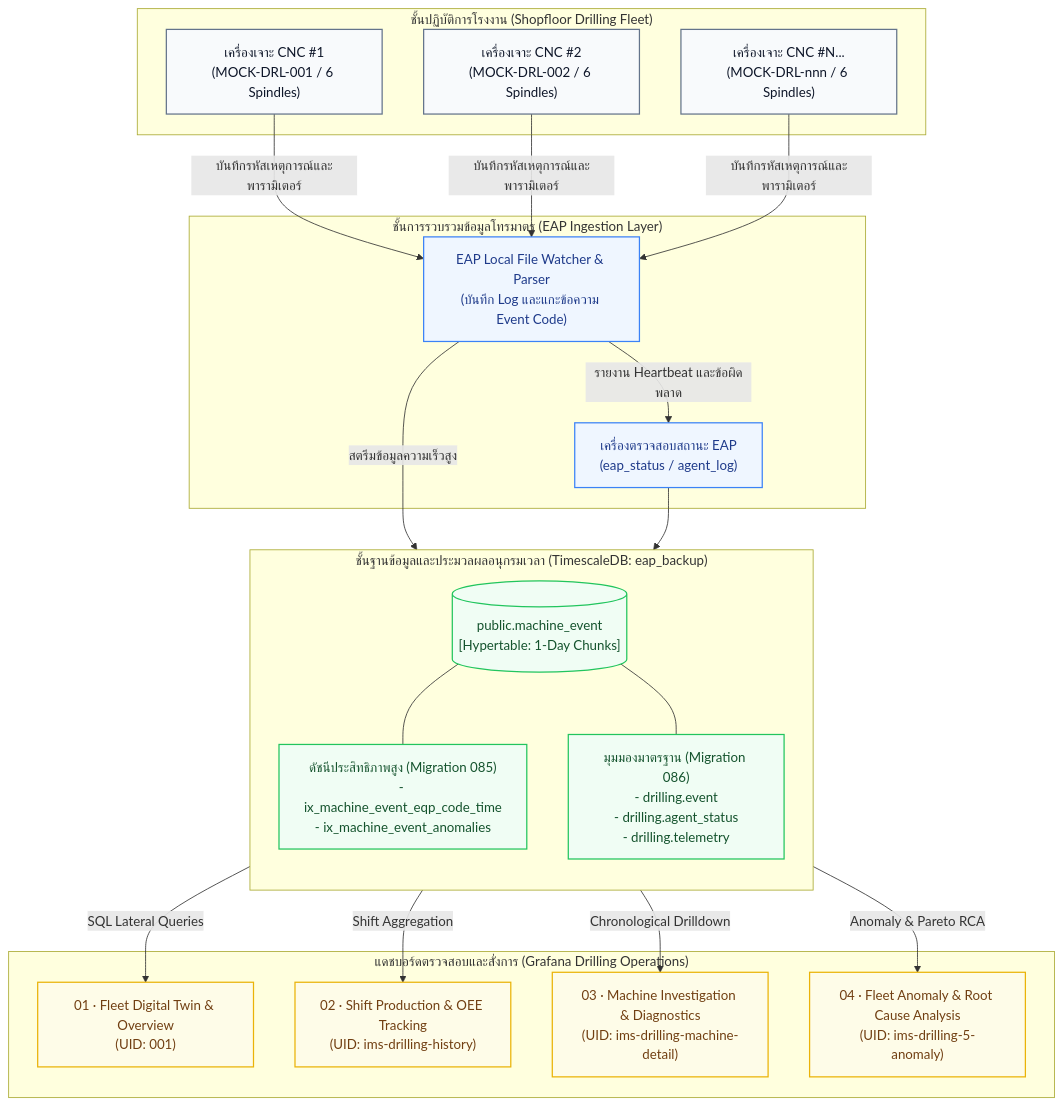
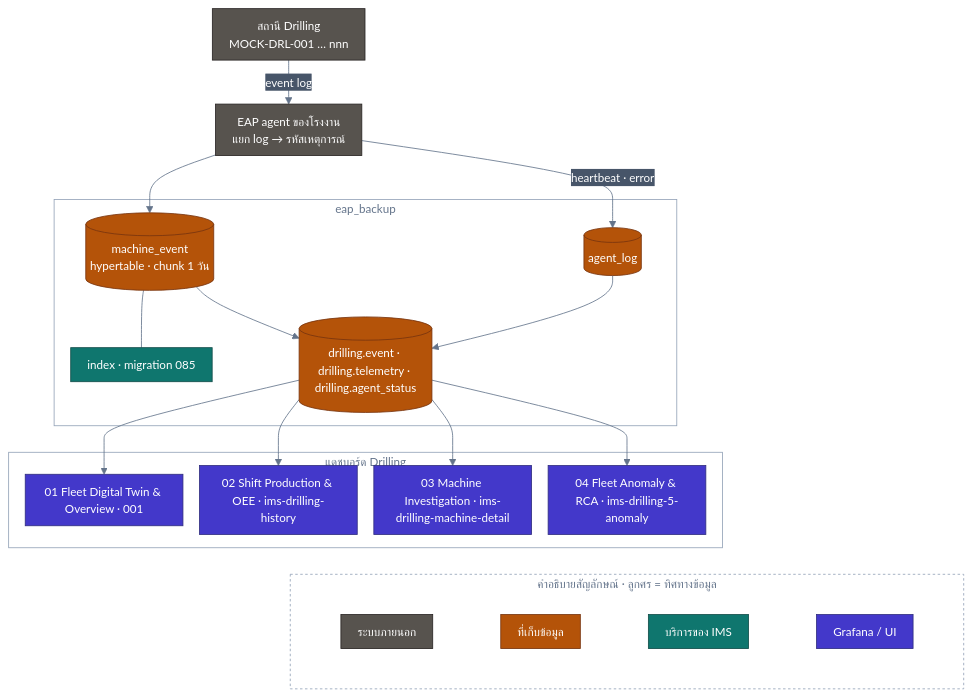
One commit to PATTANAKORN025/IMS changed the first of 4 diagrams in th/docs/user/DRILLING_USER_MANUAL.md. Above: the diagram before and after it, drawn with Mermaid. The commit also changed other lines of this file and 84 other files, not shown here.

First line of the commit message:
docs(diagrams): one verified, accessible standard for every Mermaid diagram

````diff
--- a/th/docs/user/DRILLING_USER_MANUAL.md
+++ b/th/docs/user/DRILLING_USER_MANUAL.md
@@ -70,48 +70,51 @@
 ```mermaid
-flowchart TD
-    subgraph SHOPFLOOR[" ชั้นปฏิบัติการโรงงาน (Shopfloor Drilling Fleet) "]
-        M1["เครื่องเจาะ CNC #1<br/>(MOCK-DRL-001 / 6 Spindles)"]
-        M2["เครื่องเจาะ CNC #2<br/>(MOCK-DRL-002 / 6 Spindles)"]
-        MN["เครื่องเจาะ CNC #N...<br/>(MOCK-DRL-nnn / 6 Spindles)"]
+%%{init: {"flowchart": {"nodeSpacing": 20, "rankSpacing": 32, "padding": 10, "wrappingWidth": 150, "curve": "basis"}, "sequence": {"wrap": true, "width": 170, "actorMargin": 36, "boxMargin": 8, "noteMargin": 8, "messageMargin": 30, "mirrorActors": false}, "state": {"padding": 6}, "theme": "base", "themeVariables": {"fontFamily": "Inter, Segoe UI, Helvetica, Arial, sans-serif", "fontSize": "14px", "primaryColor": "#334155", "primaryTextColor": "#ffffff", "primaryBorderColor": "#1e293b", "lineColor": "#64748b", "textColor": "#64748b", "secondaryColor": "#475569", "tertiaryColor": "#f1f5f9", "clusterBkg": "transparent", "clusterBorder": "#94a3b8", "titleColor": "#64748b", "edgeLabelBackground": "#475569", "nodeTextColor": "#ffffff", "noteBkgColor": "#fef3c7", "noteTextColor": "#1e293b", "noteBorderColor": "#d97706", "actorBkg": "#334155", "actorTextColor": "#ffffff", "actorBorder": "#1e293b", "actorLineColor": "#94a3b8", "signalColor": "#64748b", "signalTextColor": "#64748b", "labelBoxBkgColor": "#334155", "labelBoxBorderColor": "#1e293b", "labelTextColor": "#ffffff", "loopTextColor": "#64748b", "activationBkgColor": "#e2e8f0", "sequenceNumberColor": "#ffffff", "stateLabelColor": "#ffffff", "compositeBackground": "transparent", "transitionColor": "#64748b", "transitionLabelColor": "#64748b"}}}%%
+flowchart TB
+  accTitle: เส้นทางข้อมูลของ Drilling
+  accDescr: สถานี Drilling เขียน event log ที่ EAP agent ของโรงงานแยกเป็น machine_event ในฐานข้อมูล eap_backup โดย migration 085 และ 086 เพิ่ม index และ view drilling.* ที่แดชบอร์ด Drilling ทั้ง 4 ตัวใช้ query
+  M["สถานี Drilling<br/>MOCK-DRL-001 … nnn"]:::ext
+  AGENT["EAP agent ของโรงงาน<br/>แยก log → รหัสเหตุการณ์"]:::ext
+  subgraph DB["eap_backup"]
+    EV[("machine_event<br/>hypertable · chunk 1 วัน")]:::store
+    AL[("agent_log")]:::store
+    IX["index · migration 085"]:::app
+    VW[("drilling.event · drilling.telemetry · drilling.agent_status")]:::store
+  end
+  subgraph DASH["แดชบอร์ด Drilling"]
+    D1["01 Fleet Digital Twin & Overview · 001"]:::viz
+    D2["02 Shift Production & OEE · ims-drilling-history"]:::viz
+    D3["03 Machine Investigation · ims-drilling-machine-detail"]:::viz
+    D4["04 Fleet Anomaly & RCA · ims-drilling-5-anomaly"]:::viz
+  end
+  M -->|"event log"| AGENT
+  AGENT --> EV
+  AGENT -->|"heartbeat · error"| AL
+  EV --- IX
+  EV --> VW
+  AL --> VW
+  VW --> D1
+  VW --> D2
+  VW --> D3
+  VW --> D4
+
+  subgraph LEGEND["คำอธิบายสัญลักษณ์ · ลูกศร = ทิศทางข้อมูล"]
+    direction TB
+    subgraph LEGEND_0[" "]
+      direction LR
+      LG_ext["ระบบภายนอก"]:::ext ~~~ LG_store["ที่เก็บข้อมูล"]:::store ~~~ LG_app["บริการของ IMS"]:::app ~~~ LG_viz["Grafana / UI"]:::viz
     end
-
-    subgraph INGESTION[" ชั้นการรวบรวมข้อมูลโทรมาตร (EAP Ingestion Layer) "]
-        AGENT["EAP Local File Watcher & Parser<br/>(บันทึก Log และแกะข้อความ Event Code)"]
-        STATUS_FEED["เครื่องตรวจสอบสถานะ EAP<br/>(eap_status / agent_log)"]
-    end
-
-    subgraph STORAGE[" ชั้นฐานข้อมูลและประมวลผลอนุกรมเวลา (TimescaleDB: eap_backup) "]
-        direction TB
-        RAW_EVENT[("public.machine_event<br/>[Hypertable: 1-Day Chunks]")]
-        MIG085["ดัชนีประสิทธิภาพสูง (Migration 085)<br/>- ix_machine_event_eqp_code_time<br/>- ix_machine_event_anomalies"]
-        VIEW_SCHEMA["มุมมองมาตรฐาน (Migration 086)<br/>- drilling.event<br/>- drilling.agent_status<br/>- drilling.telemetry"]
-        RAW_EVENT --- MIG085
-        RAW_EVENT --- VIEW_SCHEMA
-    end
-
-    subgraph VISUALIZATION[" แดชบอร์ดตรวจสอบและสั่งการ (Grafana Drilling Operations) "]
-        D1["01 · Fleet Digital Twin & Overview<br/>(UID: 001)"]
-        D2["02 · Shift Production & OEE Tracking<br/>(UID: ims-drilling-history)"]
-        D3["03 · Machine Investigation & Diagnostics<br/>(UID: ims-drilling-machine-detail)"]
-        D4["04 · Fleet Anomaly & Root Cause Analysis<br/>(UID: ims-drilling-5-anomaly)"]
-    end
-
-    M1 & M2 & MN -->|บันทึกรหัสเหตุการณ์และพารามิเตอร์| AGENT
-    AGENT -->|สตรีมข้อมูลความเร็วสูง| RAW_EVENT
-    AGENT -->|รายงาน Heartbeat และข้อผิดพลาด| STATUS_FEED
-    STATUS_FEED --> STORAGE
-    VIEW_SCHEMA -->|SQL Lateral Queries| D1
-    VIEW_SCHEMA -->|Shift Aggregation| D2
-    VIEW_SCHEMA -->|Chronological Drilldown| D3
-    VIEW_SCHEMA -->|Anomaly & Pareto RCA| D4
-
-    classDef shopStyle fill:#f8fafc,stroke:#64748b,stroke-width:1.5px,color:#0f172a;
-    classDef ingestStyle fill:#eff6ff,stroke:#3b82f6,stroke-width:1.5px,color:#1e3a8a;
-    classDef storageStyle fill:#f0fdf4,stroke:#22c55e,stroke-width:1.5px,color:#14532d;
-    classDef visualStyle fill:#fefce8,stroke:#eab308,stroke-width:1.5px,color:#713f12;
-
-    class M1,M2,MN shopStyle;
-    class AGENT,STATUS_FEED ingestStyle;
-    class RAW_EVENT,MIG085,VIEW_SCHEMA storageStyle;
-    class D1,D2,D3,D4 visualStyle;
+  end
+  D4 ~~~ LEGEND
+  style LEGEND fill:transparent,stroke:#94a3b8,stroke-dasharray:3 3
+  style LEGEND_0 fill:transparent,stroke:transparent
+  classDef actor fill:#475569,stroke:#1e293b,color:#ffffff,stroke-width:1px
+  classDef ext fill:#57534e,stroke:#292524,color:#ffffff,stroke-width:1px
+  classDef ingress fill:#1d4ed8,stroke:#1e3a8a,color:#ffffff,stroke-width:1px
+  classDef app fill:#0f766e,stroke:#134e4a,color:#ffffff,stroke-width:1px
+  classDef flow fill:#0e7490,stroke:#164e63,color:#ffffff,stroke-width:1px
+  classDef store fill:#b45309,stroke:#78350f,color:#ffffff,stroke-width:1px
+  classDef viz fill:#4338ca,stroke:#312e81,color:#ffffff,stroke-width:1px
+  classDef obs fill:#6d28d9,stroke:#4c1d95,color:#ffffff,stroke-width:1px
+  classDef notify fill:#b91c1c,stroke:#7f1d1d,color:#ffffff,stroke-width:1px
+  classDef future fill:#f8fafc,stroke:#94a3b8,color:#475569,stroke-width:1px,stroke-dasharray:4 3
 ```
````
